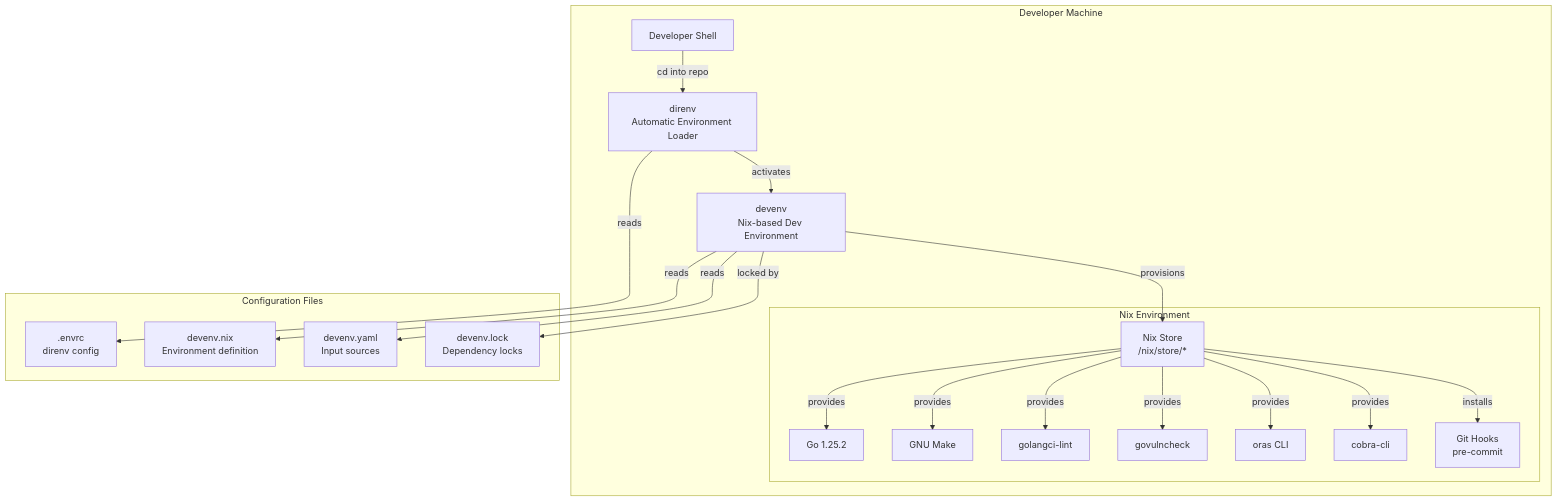
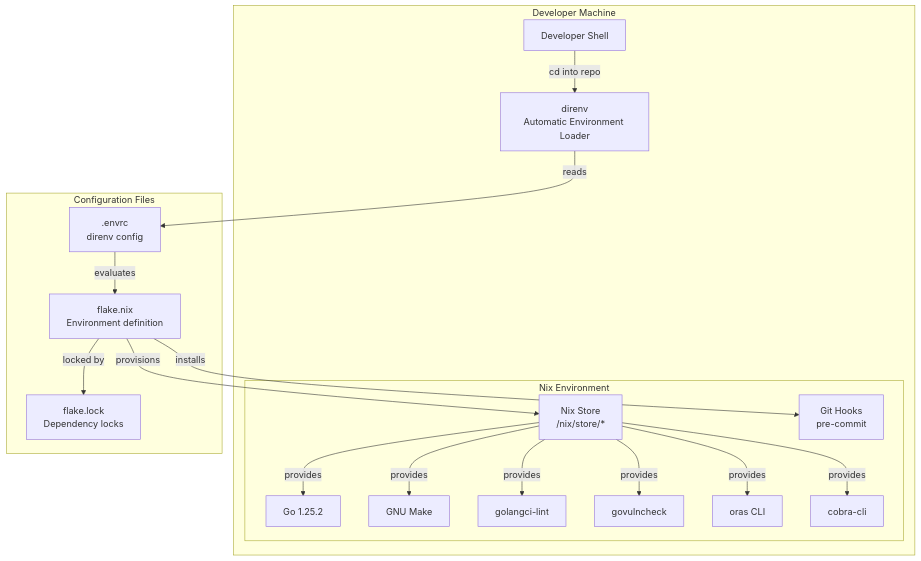
One commit to opendefensecloud/solution-arsenal changed the diagram in docs/CONTRIBUTING.md. Above: the diagram before and after it, drawn with Mermaid. The commit also changed other lines of this file, not shown here.

Commit message:
docs: update CONTRIBUTING.md to flake.nix

````diff
--- a/docs/CONTRIBUTING.md
+++ b/docs/CONTRIBUTING.md
@@ -9,42 +9,38 @@
 ```mermaid
 graph TB
     subgraph "Developer Machine"
         Shell["Developer Shell"]
         Direnv["direnv<br/>Automatic Environment Loader"]
-        Devenv["devenv<br/>Nix-based Dev Environment"]
 
         subgraph "Nix Environment"
             NixStore["Nix Store<br/>/nix/store/*"]
             Go["Go 1.25.2"]
             Make["GNU Make"]
             Lint["golangci-lint"]
             Vulncheck["govulncheck"]
             Oras["oras CLI"]
             CobraCLI["cobra-cli"]
             GitHooks["Git Hooks<br/>pre-commit"]
         end
     end
 
     subgraph "Configuration Files"
         EnvRC[".envrc<br/>direnv config"]
-        DevenvNix["devenv.nix<br/>Environment definition"]
-        DevenvYAML["devenv.yaml<br/>Input sources"]
-        DevenvLock["devenv.lock<br/>Dependency locks"]
+        FlakeNix["flake.nix<br/>Environment definition"]
+        FlakeLock["flake.lock<br/>Dependency locks"]
     end
 
     Shell -->|cd into repo| Direnv
     Direnv -->|reads| EnvRC
-    Direnv -->|activates| Devenv
-    Devenv -->|reads| DevenvNix
-    Devenv -->|reads| DevenvYAML
-    Devenv -->|locked by| DevenvLock
-    Devenv -->|provisions| NixStore
+    EnvRC --> |evaluates| FlakeNix
+    FlakeNix -->|locked by| FlakeLock
+    FlakeNix -->|provisions| NixStore
+    FlakeNix -->|installs| GitHooks
 
     NixStore -->|provides| Go
     NixStore -->|provides| Make
     NixStore -->|provides| Lint
     NixStore -->|provides| Vulncheck
     NixStore -->|provides| Oras
     NixStore -->|provides| CobraCLI
-    NixStore -->|installs| GitHooks
 ```
````
